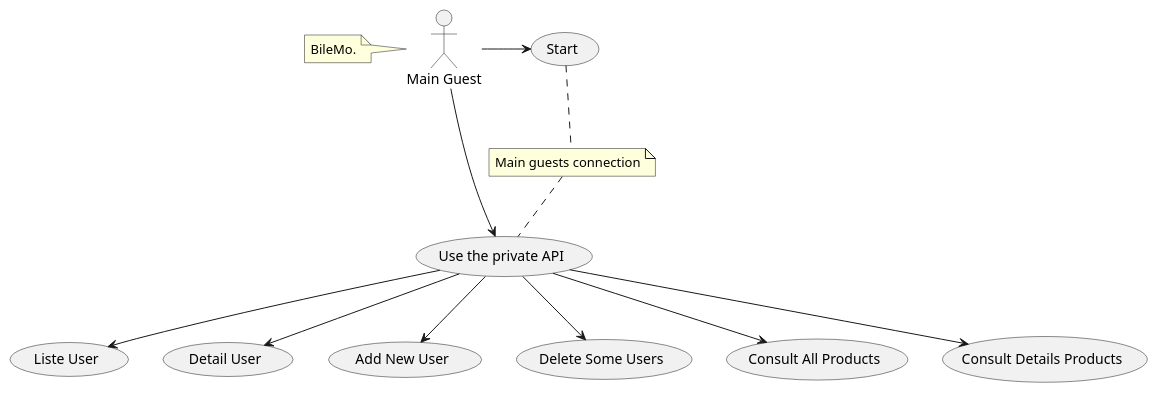
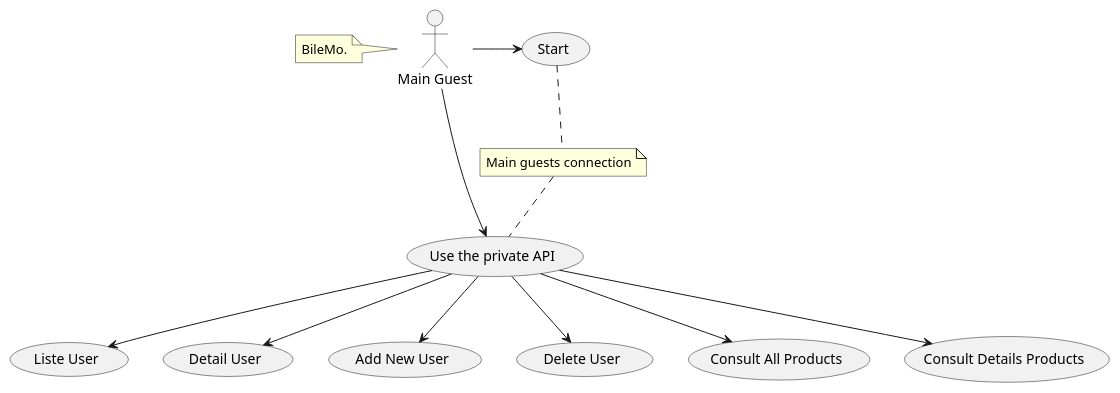
Before and after one commit to kenchi-san/api_p7: the diagram in UML/use case/use_case.puml, drawn with PlantUML. The commit also changed 31 other files, not shown here.

```diff
--- a/UML/use case/use_case.puml
+++ b/UML/use case/use_case.puml
@@ -1,30 +1,30 @@
 @startuml
 'https://plantuml.com/use-case-diagram
 
 :Main Guest: as Admin
 (Use the private API) as (PA)
 (Liste User) as (LU)
 (Detail User) as (DU)
 (Add New User) as (ANU)
-(Delete Some Users) as (DSU)
+(Delete User) as (DSU)
 (Consult All Products) as (CAP)
 (Consult Details Products) as (CDP)
 
 Admin->(Start)
 Admin->(PA)
 
 (PA)-->(LU)
 (PA)-->(DU)
 (PA)-->(ANU)
 (PA)-->(DSU)
 (PA)-->(CAP)
 (PA)-->(CDP)
 
 
 
 note left of Admin : BileMo.
 
 note "Main guests connection" as N1
 (Start) .. N1
 N1 .. (PA)
 @enduml
```
